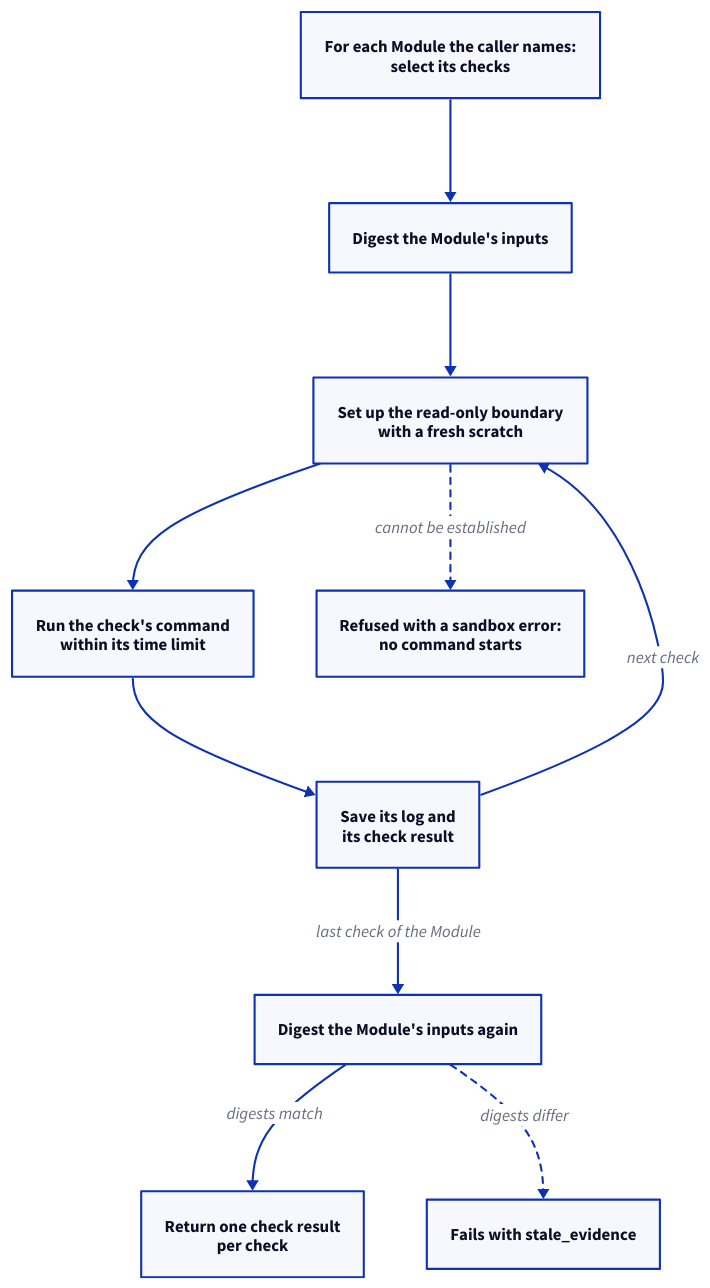
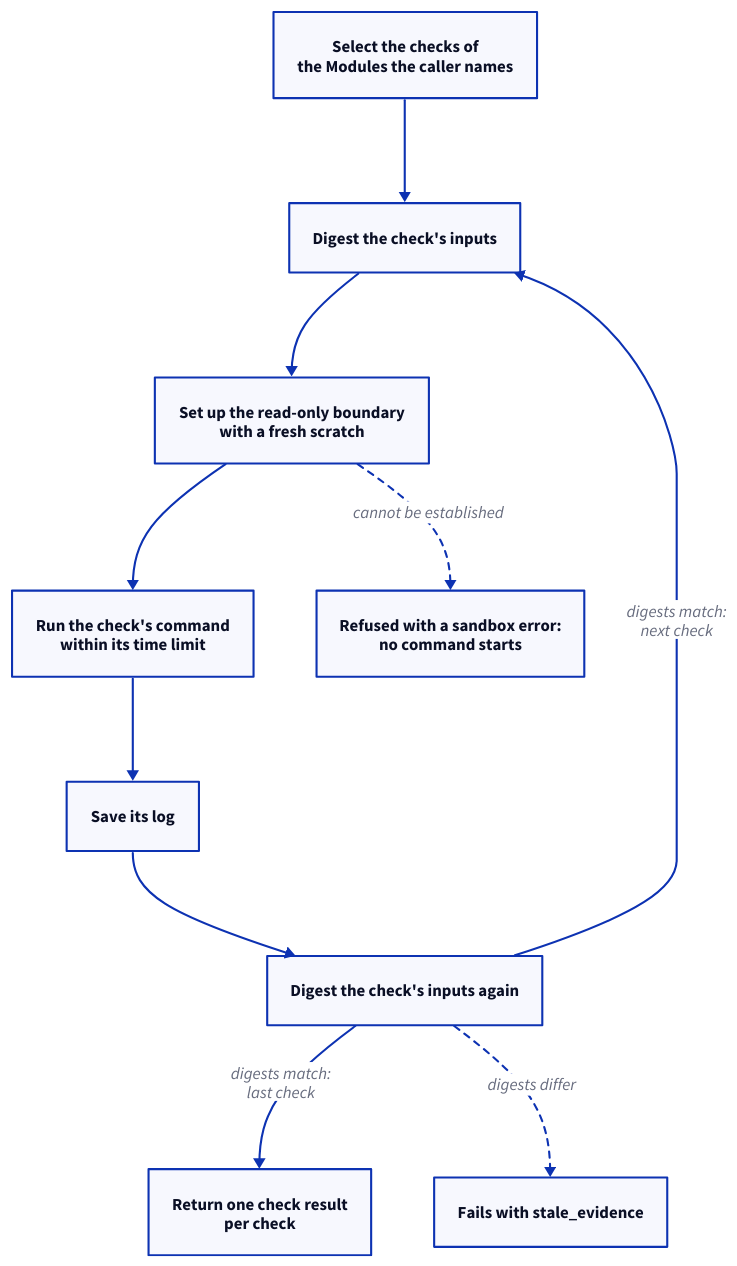
Before and after one commit to FTOD/concorde: the second of 3 diagrams in specs/concorde/execution/checks/module.md, drawn with D2. The commit also changed other lines of this file and 11 other files, not shown here.

First line of the commit message:
Check execution and Execution: measurement contract, symlinked measured files, selective log header, timing fixes, Spec alignments

````diff
--- a/specs/concorde/execution/checks/module.md
+++ b/specs/concorde/execution/checks/module.md
@@ -218,18 +221,17 @@
 ```d2 illustrative
 direction: down
-select: "For each Module the caller names:\nselect its checks"
-before: "Digest the Module's inputs"
+select: "Select the checks of\nthe Modules the caller names"
+before: "Digest the check's inputs"
 boundary: "Set up the read-only boundary\nwith a fresh scratch"
 run: "Run the check's command\nwithin its time limit"
-logs: "Save its log and\nits check result"
-after: "Digest the Module's inputs again"
+logs: "Save its log"
+after: "Digest the check's inputs again"
 result: "Return one check result\nper check"
 refused: "Refused with a sandbox error:\nno command starts"
 stale: "Fails with stale_evidence"
-select -> before -> boundary -> run -> logs
-logs -> boundary: "next check"
-logs -> after: "last check of the Module"
-after -> result: "digests match"
+select -> before -> boundary -> run -> logs -> after
+after -> before: "digests match:\nnext check"
+after -> result: "digests match:\nlast check"
 after -> stale: "digests differ" {style.stroke-dash: 3}
 boundary -> refused: "cannot be established" {style.stroke-dash: 3}
 ```
````
